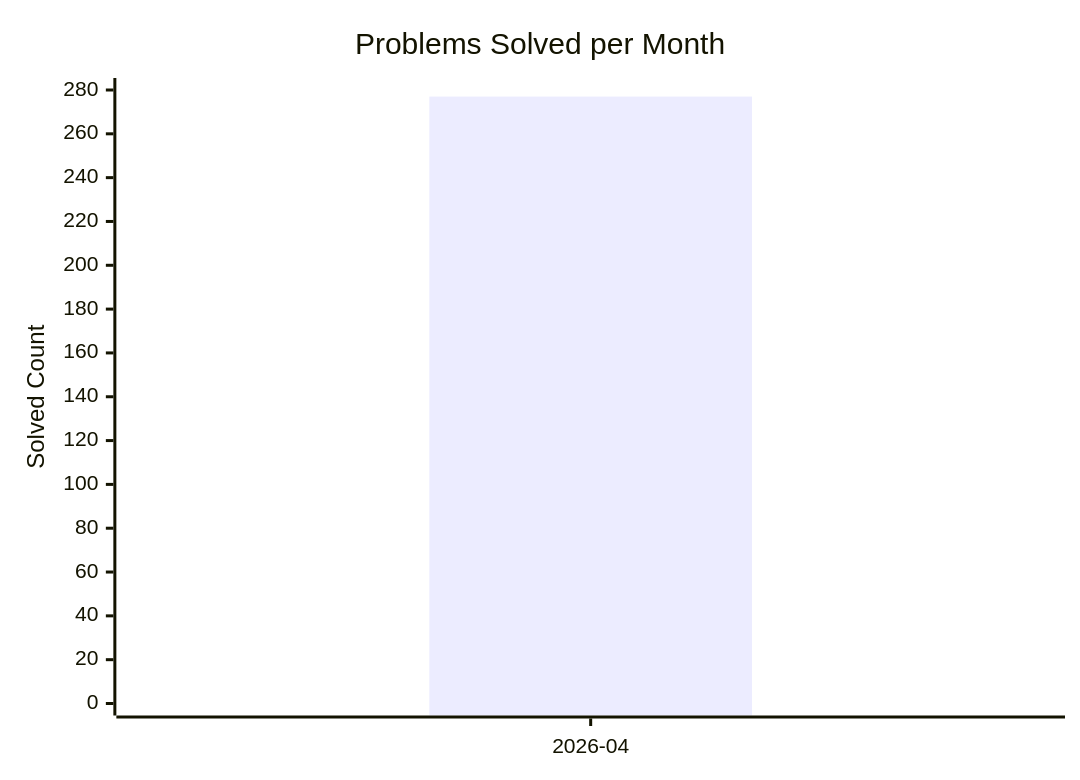
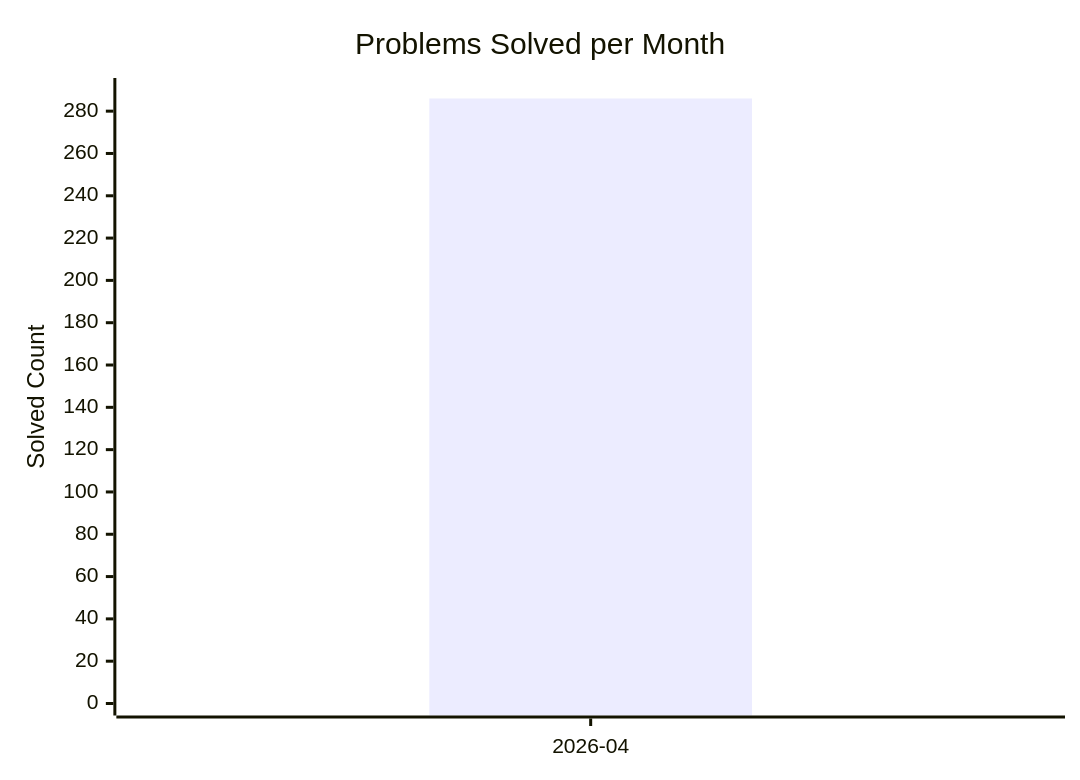
Before and after one commit to AdityaPandey-DEV/CP-Progress-Sync: the diagram in dashboard.md, drawn with Mermaid. The commit also changed other lines of this file, not shown here.

Commit message:
Auto-update CP dashboard [skip ci]

````diff
--- a/dashboard.md
+++ b/dashboard.md
@@ -8,8 +8,8 @@
 ```mermaid
 xychart-beta
     title "Problems Solved per Month"
     x-axis ["2026-04"]
-    y-axis "Solved Count" 0 --> 280
-    bar [277]
-    line [277]
+    y-axis "Solved Count" 0 --> 290
+    bar [286]
+    line [286]
 ```
````
